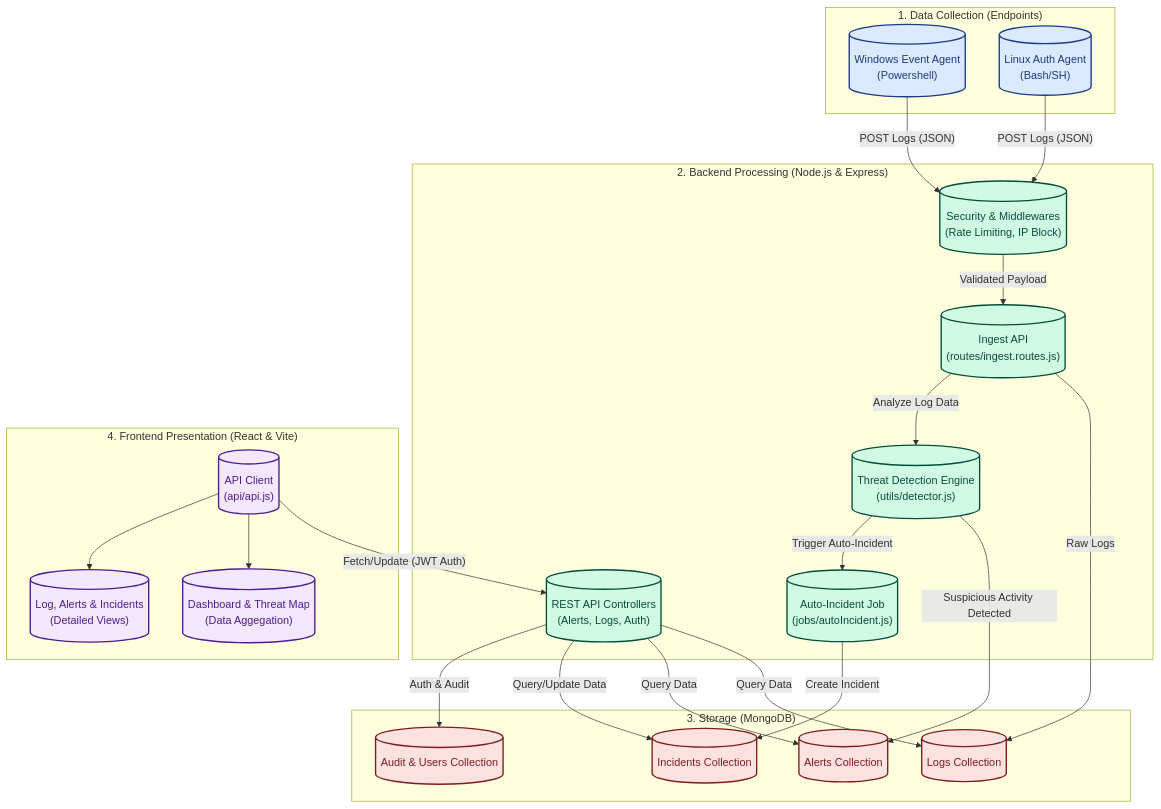
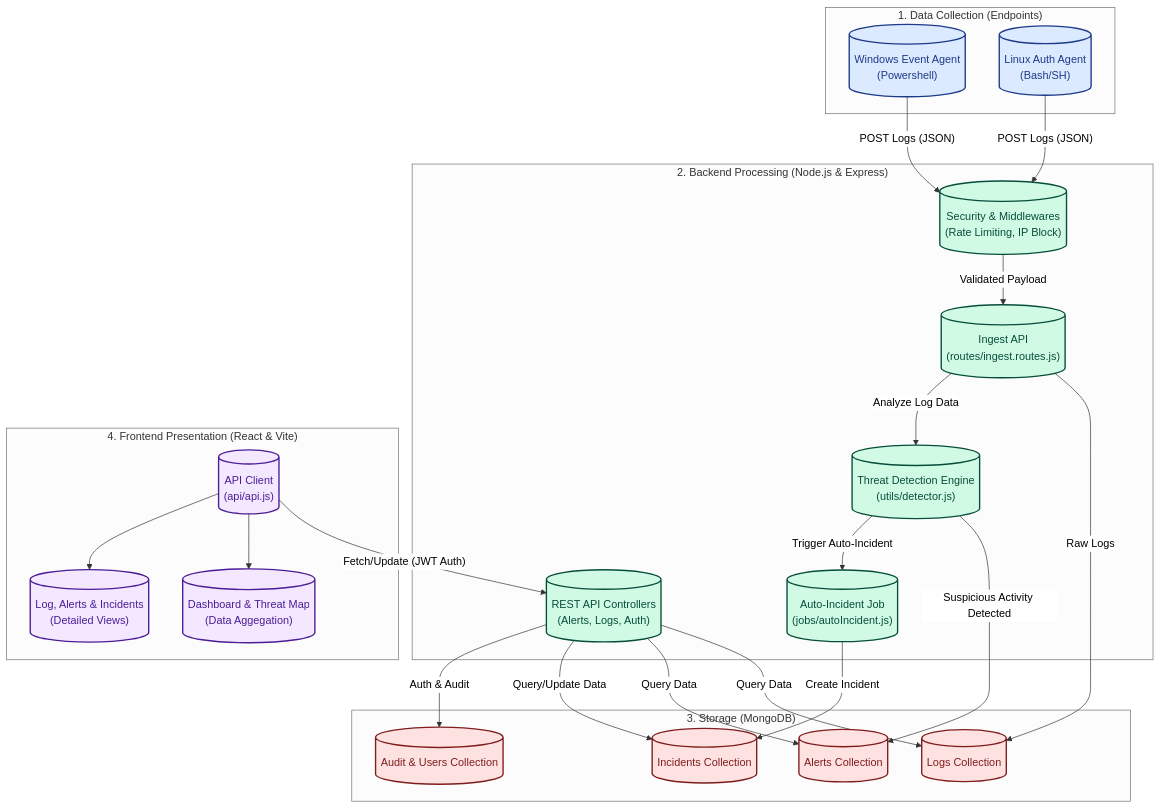
Before and after one commit to Het-2004/soc-siem-dashboard: the diagram in docs/DATA_FLOW.md, drawn with Mermaid. The commit also changed 1 other file, not shown here.

````diff
--- a/docs/DATA_FLOW.md
+++ b/docs/DATA_FLOW.md
@@ -7,56 +7,56 @@
 ```mermaid
-%%{init: {'theme': 'default'}}%%
+%%{init: {'theme': 'neutral', 'themeVariables': { 'background': '#ffffff', 'primaryTextColor': '#000000', 'lineColor': '#333333'}}}%%
 flowchart TD
     %% Define Styles
     classDef source fill:#dbeafe,stroke:#1e3a8a,stroke-width:2px,color:#1e3a8a
     classDef backend fill:#d1fae5,stroke:#064e3b,stroke-width:2px,color:#064e3b
     classDef db fill:#fee2e2,stroke:#7f1d1d,stroke-width:2px,color:#7f1d1d
     classDef frontend fill:#f3e8ff,stroke:#4c1d95,stroke-width:2px,color:#4c1d95
 
     subgraph Data_Sources ["1. Data Collection (Endpoints)"]
         WA[("Windows Event Agent\n(Powershell)")]:::source
         LA[("Linux Auth Agent\n(Bash/SH)")]:::source
     end
 
     subgraph Backend_Processing ["2. Backend Processing (Node.js & Express)"]
         ING[("Ingest API\n(routes/ingest.routes.js)")]:::backend
         MW[("Security & Middlewares\n(Rate Limiting, IP Block)")]:::backend
         DET[("Threat Detection Engine\n(utils/detector.js)")]:::backend
         JOB[("Auto-Incident Job\n(jobs/autoIncident.js)")]:::backend
         API[("REST API Controllers\n(Alerts, Logs, Auth)")]:::backend
     end
 
     subgraph Database ["3. Storage (MongoDB)"]
         DB_LOG[(Logs Collection)]:::db
         DB_ALT[(Alerts Collection)]:::db
         DB_INC[(Incidents Collection)]:::db
         DB_AUD[(Audit & Users Collection)]:::db
     end
 
     subgraph Frontend_UI ["4. Frontend Presentation (React & Vite)"]
         CLIENT[("API Client\n(api/api.js)")]:::frontend
         DASH[("Dashboard & Threat Map\n(Data Aggegation)")]:::frontend
         VIEWS[("Log, Alerts & Incidents\n(Detailed Views)")]:::frontend
     end
 
     %% Flow Connections
     WA -- "POST Logs (JSON)" --> MW
     LA -- "POST Logs (JSON)" --> MW
     
     MW -- "Validated Payload" --> ING
     ING -- "Raw Logs" --> DB_LOG
     ING -- "Analyze Log Data" --> DET
     
     DET -- "Suspicious Activity Detected" --> DB_ALT
     DET -- "Trigger Auto-Incident" --> JOB
     JOB -- "Create Incident" --> DB_INC
 
     CLIENT -- "Fetch/Update (JWT Auth)" --> API
     API -- "Query Data" --> DB_LOG
     API -- "Query Data" --> DB_ALT
     API -- "Query/Update Data" --> DB_INC
     API -- "Auth & Audit" --> DB_AUD
     
     CLIENT --> DASH
     CLIENT --> VIEWS
 ```
````
